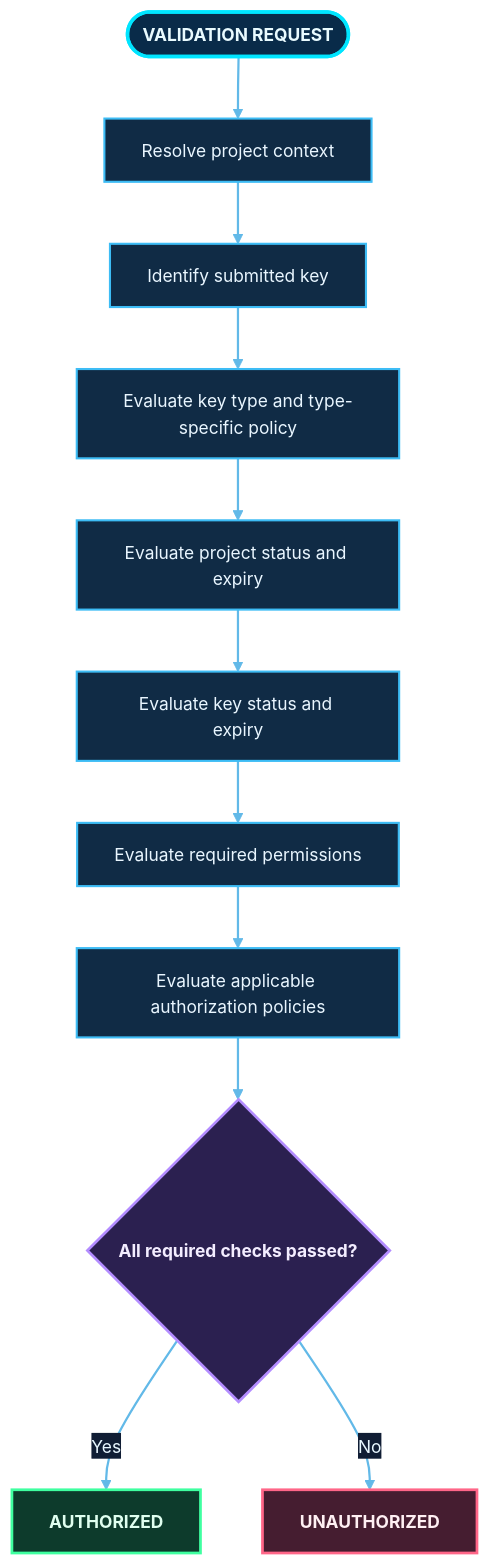
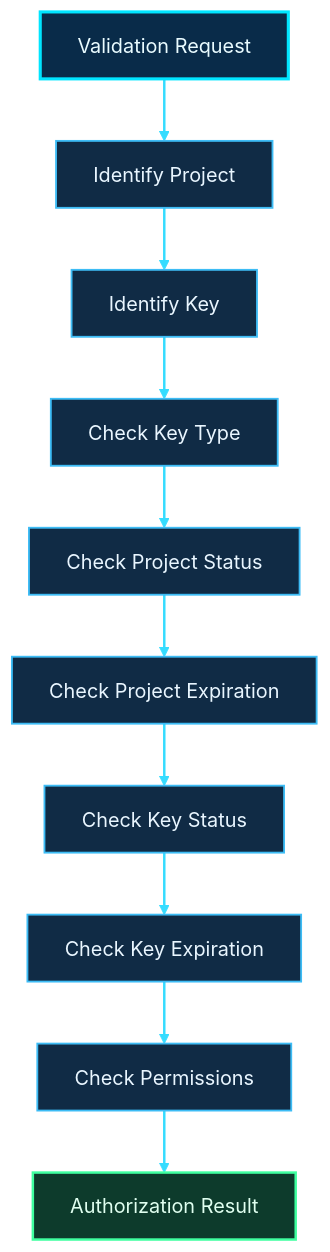
Diagram 11 of 23 in README.md (shajeduzzamanenan992008inc/NexOra-Database-key-Gen), drawn with Mermaid before and after one commit. The commit also changed other lines of this file, not shown here.

````diff
--- a/README.md
+++ b/README.md
@@ -1025,32 +987,28 @@
 ```mermaid
-%%{init: {"theme":"base","themeVariables":{"darkMode":true,"background":"#07111f","primaryColor":"#102744","primaryTextColor":"#e8f7ff","primaryBorderColor":"#00d9ff","lineColor":"#62b9e8","secondaryColor":"#261d45","secondaryTextColor":"#f3eaff","secondaryBorderColor":"#a78bfa","tertiaryColor":"#12332b","tertiaryTextColor":"#e0fff1","tertiaryBorderColor":"#41e6a2","fontFamily":"Inter, Segoe UI, sans-serif","fontSize":"14px","edgeLabelBackground":"#101d34","mainBkg":"#102744","nodeBorder":"#00d9ff","clusterBkg":"#0b1930","clusterBorder":"#6f7dff","actorBkg":"#102744","actorBorder":"#00d9ff","actorTextColor":"#e8f7ff","signalColor":"#64d8ff","signalTextColor":"#e8f7ff","noteBkgColor":"#0e332b","noteBorderColor":"#41e6a2","noteTextColor":"#e0fff1"}}}%%
-flowchart TB
-    REQUEST(["VALIDATION REQUEST"]) --> CONTEXT["Resolve project context"]
-    CONTEXT --> KEY["Identify submitted key"]
-    KEY --> TYPE["Evaluate key type and type-specific policy"]
-    TYPE --> PROJECT["Evaluate project status and expiry"]
-    PROJECT --> KEYSTATE["Evaluate key status and expiry"]
-    KEYSTATE --> PERMISSION["Evaluate required permissions"]
-    PERMISSION --> POLICY["Evaluate applicable authorization policies"]
-    POLICY --> ALL{"All required checks passed?"}
-    ALL -->|Yes| ALLOW["AUTHORIZED"]
-    ALL -->|No| DENY["UNAUTHORIZED"]
+flowchart TD
+    A["Validation Request"] --> B["Identify Project"]
+    B --> C["Identify Key"]
+    C --> D["Check Key Type"]
+    D --> E["Check Project Status"]
+    E --> F["Check Project Expiration"]
+    F --> G["Check Key Status"]
+    G --> H["Check Key Expiration"]
+    H --> I["Check Permissions"]
+    I --> J["Authorization Result"]
 
-
-    %% OMEGA NEX-ORA · ULTRA NEON DESIGN SYSTEM
-    classDef nxCore fill:#092b49,stroke:#00e5ff,stroke-width:2.8px,color:#e9fbff,font-weight:bold;
-    classDef nxProcess fill:#102b45,stroke:#3dbcf5,stroke-width:1.7px,color:#e9f6ff;
-    classDef nxDecision fill:#2b2050,stroke:#b38cff,stroke-width:2.2px,color:#f3edff,font-weight:bold;
-    classDef nxSuccess fill:#0d3b2c,stroke:#3fffa0,stroke-width:2.2px,color:#e0fff0,font-weight:bold;
-    classDef nxDanger fill:#451d30,stroke:#ff6688,stroke-width:2.2px,color:#fff0f3,font-weight:bold;
+    %% OMEGA NEX-ORA visual classes
+    %% OMEGA NEX-ORA / ULTRA NEON PALETTE
+    classDef nxCore fill:#092b49,stroke:#00e5ff,stroke-width:2.5px,color:#e9fbff;
+    classDef nxProcess fill:#102b45,stroke:#3dbcf5,stroke-width:1.5px,color:#e9f6ff;
+    classDef nxDecision fill:#2b2050,stroke:#b38cff,stroke-width:2px,color:#f3edff;
+    classDef nxSuccess fill:#0d3b2c,stroke:#3fffa0,stroke-width:2px,color:#e0fff0;
+    classDef nxDanger fill:#451d30,stroke:#ff6688,stroke-width:2px,color:#fff0f3;
     classDef nxData fill:#12352d,stroke:#63e6be,stroke-width:2px,color:#e1fff5;
     classDef nxExternal fill:#2b2149,stroke:#c4a5ff,stroke-width:2px,color:#f3ecff;
     classDef nxInfo fill:#17253e,stroke:#91a7c9,stroke-width:1.5px,color:#e5efff;
     classDef nxWarning fill:#453116,stroke:#fbbf24,stroke-width:2px,color:#fff6d6;
-    linkStyle default stroke:#62b9e8,stroke-width:1.8px;
-    class REQUEST nxCore;
-    class CONTEXT,KEY,TYPE,PROJECT,KEYSTATE,PERMISSION,POLICY nxProcess;
-    class ALL nxDecision;
-    class ALLOW nxSuccess;
-    class DENY nxDanger;
+    class A nxCore;
+    class B,C,D,E,F,G,H,I nxProcess;
+    class J nxSuccess;
+    linkStyle default stroke:#35dcff,stroke-width:2px;
 ```
````
